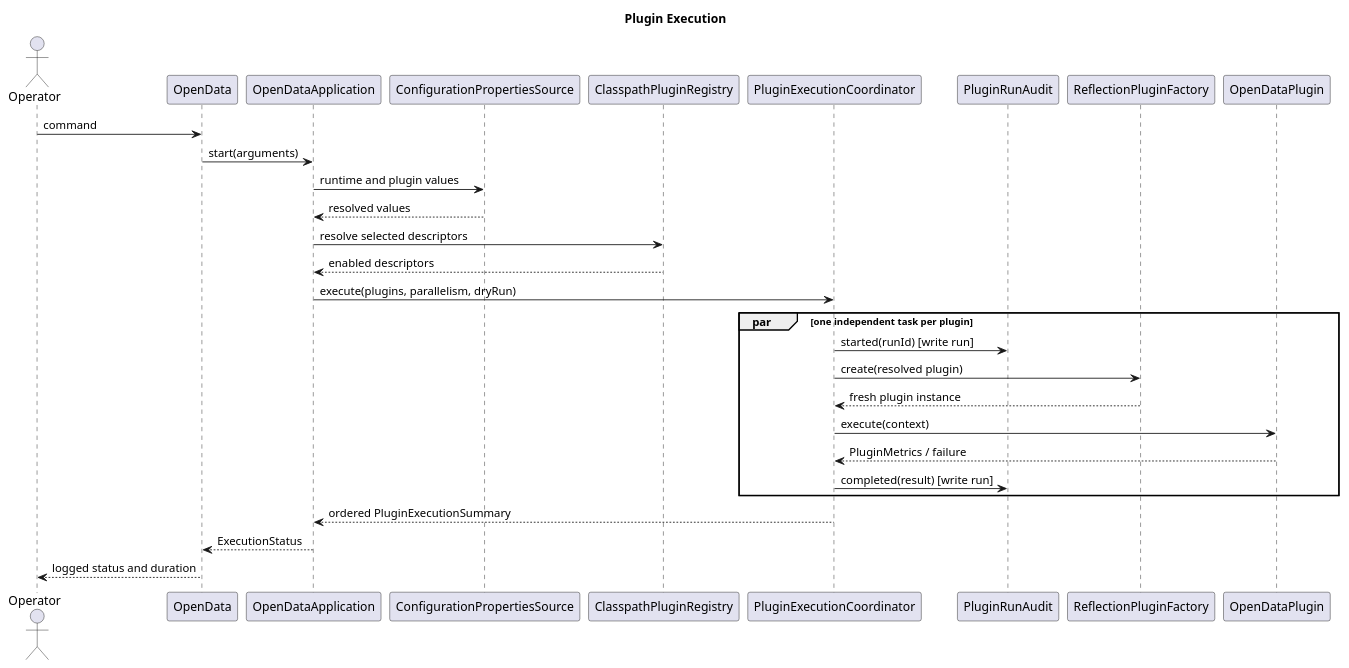
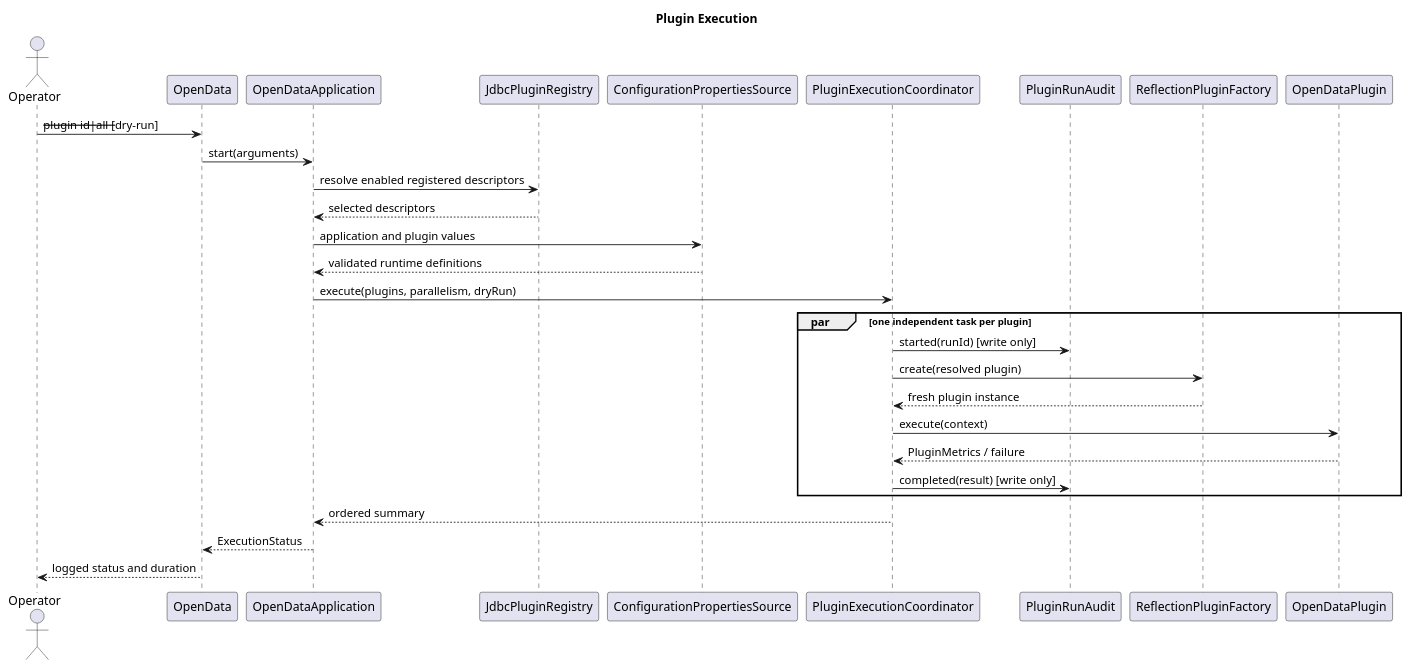
The diagram in docs/diagrams/source/plugin-execution-sequence.puml (TerryCurranZellis/OpenData), drawn with PlantUML before and after one commit. The commit also changed 128 other files, not shown here.

```diff
--- a/docs/diagrams/source/plugin-execution-sequence.puml
+++ b/docs/diagrams/source/plugin-execution-sequence.puml
@@ -1,31 +1,31 @@
 @startuml
 title Plugin Execution
 actor Operator
 participant OpenData
 participant OpenDataApplication as Application
+participant JdbcPluginRegistry as Registry
 participant ConfigurationPropertiesSource as Configuration
-participant ClasspathPluginRegistry as Registry
 participant PluginExecutionCoordinator as Coordinator
 participant PluginRunAudit as Audit
 participant ReflectionPluginFactory as Factory
 participant OpenDataPlugin as Plugin
 
-Operator -> OpenData : command
+Operator -> OpenData : --plugin id|all [--dry-run]
 OpenData -> Application : start(arguments)
-Application -> Configuration : runtime and plugin values
-Configuration --> Application : resolved values
-Application -> Registry : resolve selected descriptors
-Registry --> Application : enabled descriptors
+Application -> Registry : resolve enabled registered descriptors
+Registry --> Application : selected descriptors
+Application -> Configuration : application and plugin values
+Configuration --> Application : validated runtime definitions
 Application -> Coordinator : execute(plugins, parallelism, dryRun)
 par one independent task per plugin
-  Coordinator -> Audit : started(runId) [write run]
+  Coordinator -> Audit : started(runId) [write only]
   Coordinator -> Factory : create(resolved plugin)
   Factory --> Coordinator : fresh plugin instance
   Coordinator -> Plugin : execute(context)
   Plugin --> Coordinator : PluginMetrics / failure
-  Coordinator -> Audit : completed(result) [write run]
+  Coordinator -> Audit : completed(result) [write only]
 end
-Coordinator --> Application : ordered PluginExecutionSummary
+Coordinator --> Application : ordered summary
 Application --> OpenData : ExecutionStatus
 OpenData --> Operator : logged status and duration
 @enduml
```
